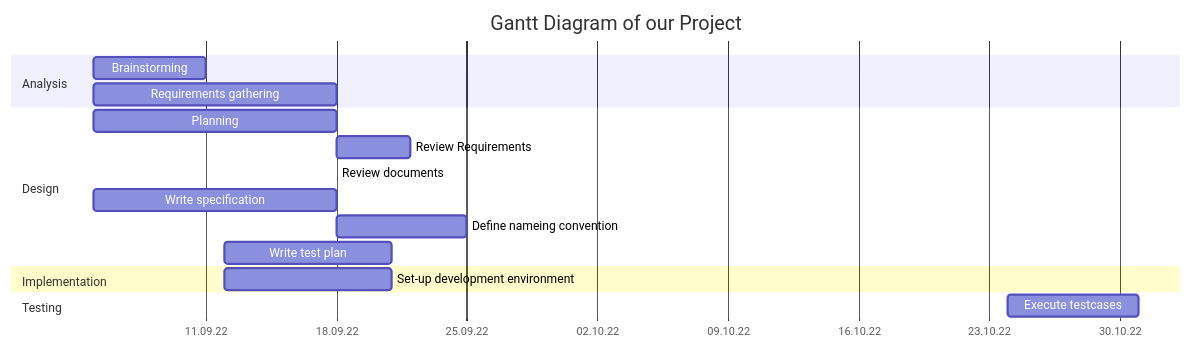
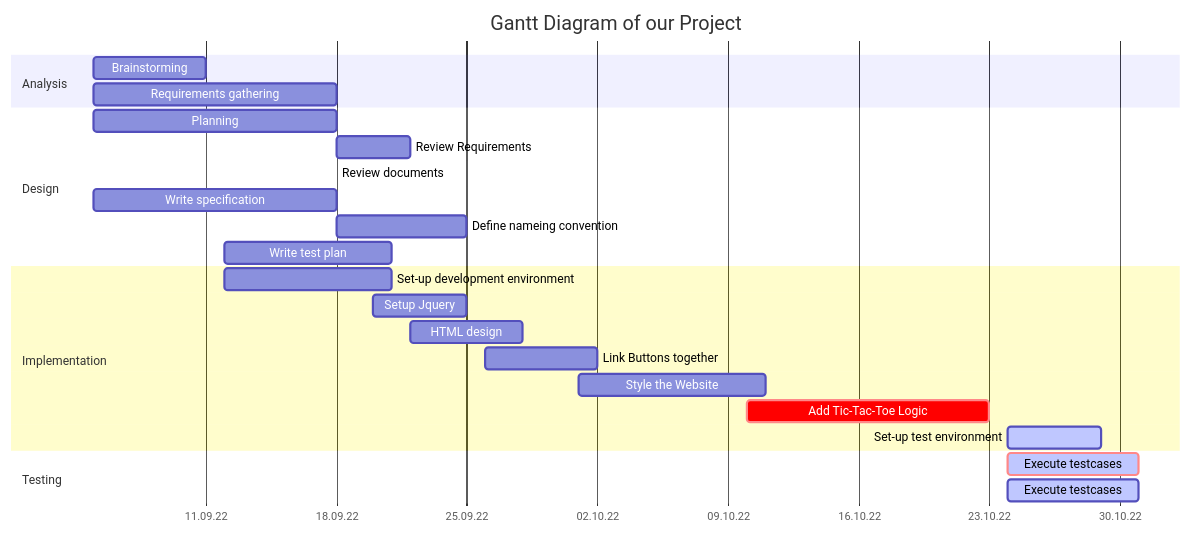
The diagram in README.md (Timofey-Makhankov/Tic-Tac-Toe-Website), drawn with Mermaid before and after one commit. The commit also changed other lines of this file, not shown here.

````diff
--- a/README.md
+++ b/README.md
@@ -114,20 +114,27 @@
 ```mermaid
 gantt
     title Gantt Diagram of our Project
     dateFormat  DD.MM
     axisFormat  %d.%m.%y
     section Analysis
     Brainstorming:05.09,6d
     Requirements gathering:05.09, 13d
     section Design
     Planning:05.09,18.09
     Review Requirements:18.09,4d
     Review documents:18.09,4ds
     Write specification:05.09,18.09
     Define nameing convention:18.09,7d
     Write test plan:12.09, 21.09
     section Implementation
     Set-up development environment:12.09, 9d
+    Setup Jquery:20.09, 5d
+    HTML design: 22.09, 28.09
+    Link Buttons together: 26.09, 02.10
+    Style the Website:01.10, 11.10
+    Add Tic-Tac-Toe Logic:crit,10.10, 23.10
+    Set-up test environment:active, 24.10, 5d
     section Testing
-    Execute testcases: 24.10, 7d 
+    Execute testcases:active,crit,24.10, 7d
+    Execute testcases:active, 24.10, 7d 
 ```
````
